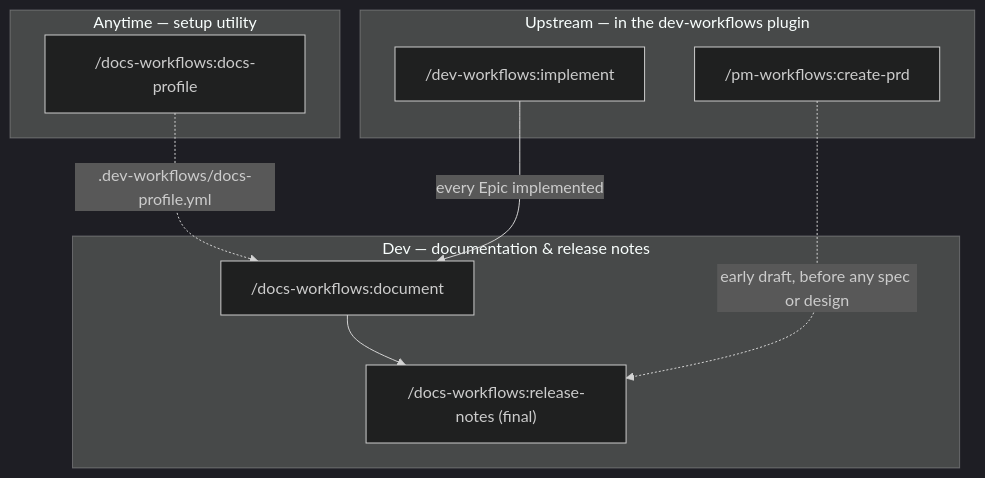
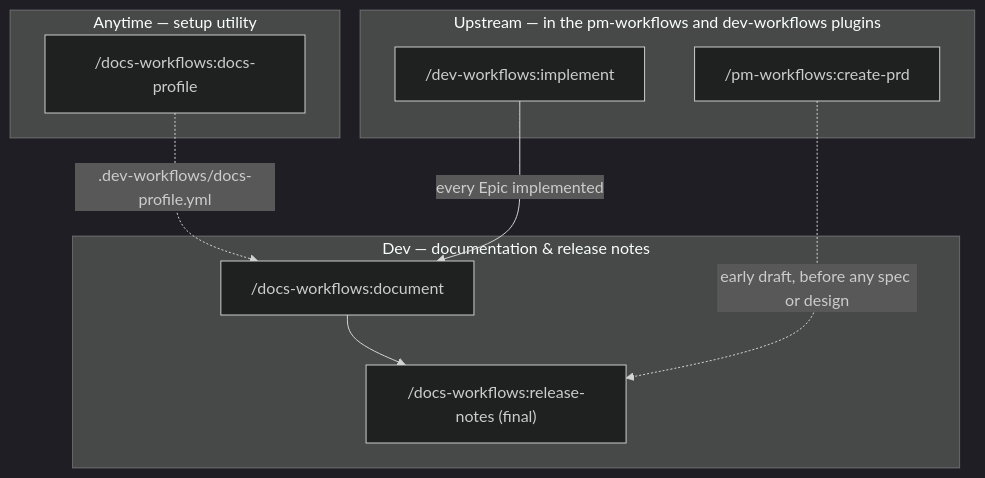
Before and after one commit to ihudak/ihudak-claude-plugins: the diagram in plugins/docs-workflows/docs/workflow.md, drawn with Mermaid (dark theme). The commit also changed 1 other file, not shown here.

Commit message:
fix(split): repair three framing claims the rename left self-contradictory

````diff
--- a/plugins/docs-workflows/docs/workflow.md
+++ b/plugins/docs-workflows/docs/workflow.md
@@ -5,19 +5,19 @@
 ```mermaid
 flowchart TD
-    subgraph UP["Upstream — in the dev-workflows plugin"]
+    subgraph UP["Upstream — in the pm-workflows and dev-workflows plugins"]
         implement["/dev-workflows:implement"]
         createprd["/pm-workflows:create-prd"]
     end
     subgraph DOCS["Dev — documentation & release notes"]
         document["/docs-workflows:document"]
         rndev["/docs-workflows:release-notes (final)"]
         document --> rndev
     end
     subgraph SETUP["Anytime — setup utility"]
         profile["/docs-workflows:docs-profile"]
     end
 
     implement -->|every Epic implemented| document
     createprd -.->|early draft, before any spec or design| rndev
     profile -.->|.dev-workflows/docs-profile.yml| document
 ```
````
